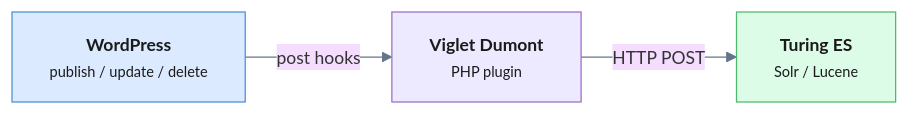
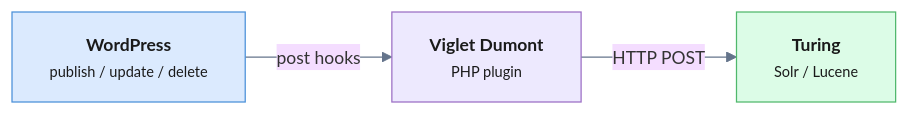
Before and after one commit to openviglet/docs: the diagram in blog/2026-06-22-enterprise-search-for-wordpress/index.md, drawn with Mermaid. The commit also changed other lines of this file and 157 other files, not shown here.

````diff
--- a/blog/2026-06-22-enterprise-search-for-wordpress/index.md
+++ b/blog/2026-06-22-enterprise-search-for-wordpress/index.md
@@ -40,17 +40,17 @@
 ```mermaid
 %%{init: {'theme': 'base', 'themeVariables': {'fontSize': '14px', 'lineColor': '#64748b'}}}%%
 flowchart LR
     WP["<b>WordPress</b><br/><small>publish / update / delete</small>"]
     PLG["<b>Viglet Dumont</b><br/><small>PHP plugin</small>"]
-    TUR["<b>Turing ES</b><br/><small>Solr / Lucene</small>"]
+    TUR["<b>Turing</b><br/><small>Solr / Lucene</small>"]
 
     WP -->|"post hooks"| PLG
     PLG -->|"HTTP POST"| TUR
 
     classDef wp fill:#dbeafe,stroke:#4A90D9,color:#1a1a1a;
     classDef plg fill:#ede9fe,stroke:#9B6EC5,color:#1a1a1a;
     classDef tur fill:#dcfce7,stroke:#50B86C,color:#1a1a1a;
     class WP wp;
     class PLG plg;
     class TUR tur;
 ```
````
